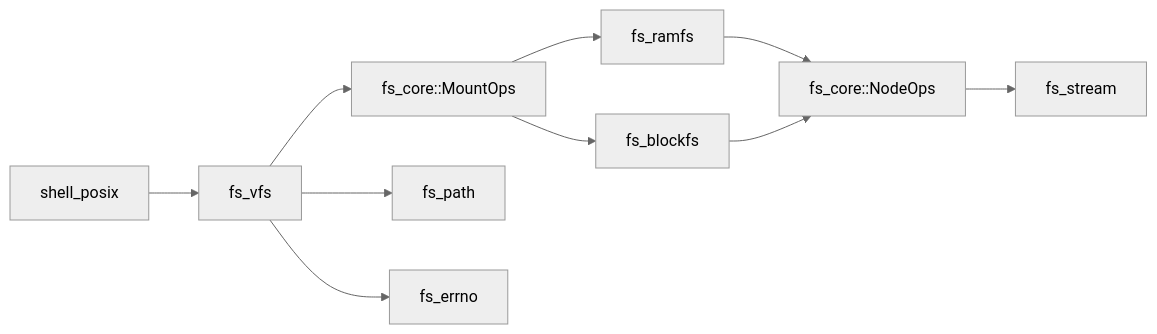
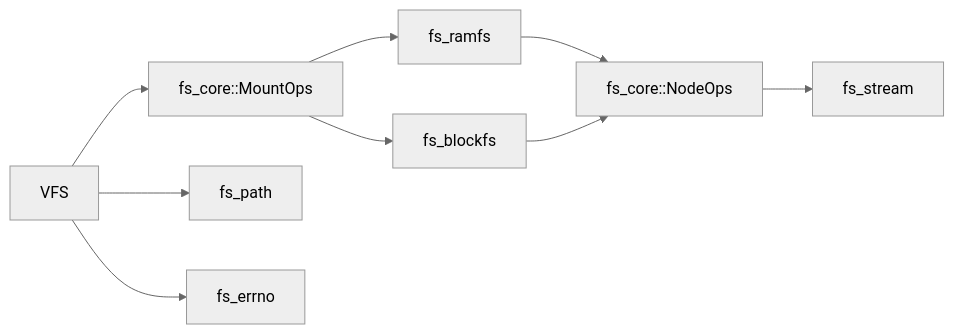
Before and after one commit to Little-Red-Cap/Charm-os: the fifth of 8 diagrams in docs/architecture_overview.md, drawn with Mermaid (neutral theme). The commit also changed other lines of this file and 7 other files, not shown here.

````diff
--- a/docs/architecture_overview.md
+++ b/docs/architecture_overview.md
@@ -396,12 +387,11 @@
 ```mermaid
 graph LR
-    POSIX[shell_posix] --> VFS[fs_vfs]
     VFS --> MountOps[fs_core::MountOps]
     VFS --> Path[fs_path]
     VFS --> Err[fs_errno]
     MountOps --> RamFs[fs_ramfs]
     MountOps --> BlockFs[fs_blockfs]
     RamFs --> NodeOps[fs_core::NodeOps]
     BlockFs --> NodeOps
     NodeOps --> Stream[fs_stream]
 ```
````
